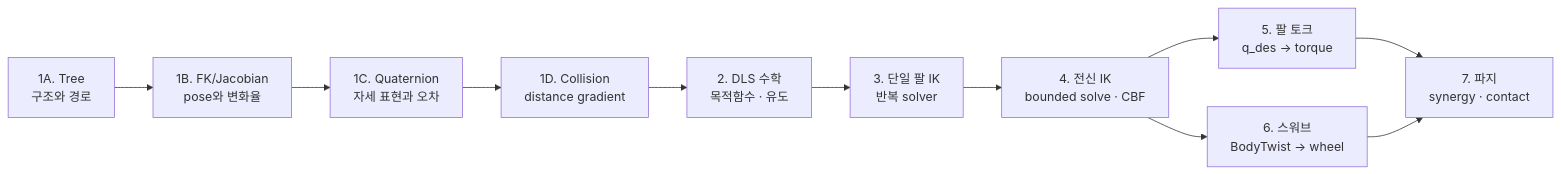
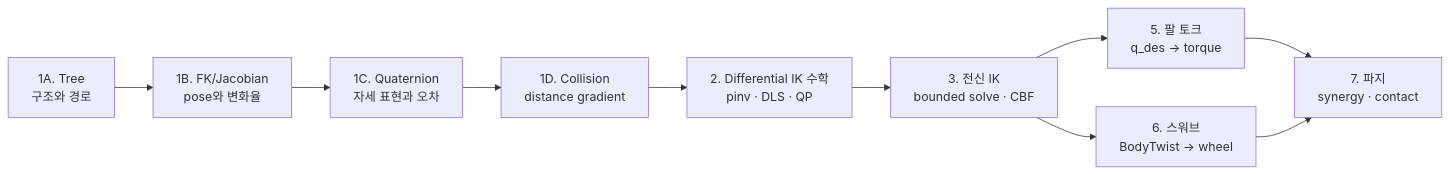
The first of 2 diagrams in docs/guide/index.md (Geonhee-LEE/aiworker-mj-lab), drawn with Mermaid before and after one commit. The commit also changed other lines of this file and 45 other files, not shown here.

````diff
--- a/docs/guide/index.md
+++ b/docs/guide/index.md
@@ -89,13 +89,12 @@
 ```mermaid
 flowchart LR
     T["1A. Tree<br>구조와 경로"] --> F["1B. FK/Jacobian<br>pose와 변화율"]
     F --> Q["1C. Quaternion<br>자세 표현과 오차"]
     Q --> C["1D. Collision<br>distance gradient"]
-    C --> M["2. DLS 수학<br>목적함수 · 유도"]
-    M --> I["3. 단일 팔 IK<br>반복 solver"]
-    I --> W["4. 전신 IK<br>bounded solve · CBF"]
+    C --> M["2. Differential IK 수학<br>pinv · DLS · QP"]
+    M --> W["3. 전신 IK<br>bounded solve · CBF"]
     W --> A["5. 팔 토크<br>q_des → torque"]
     W --> B["6. 스워브<br>BodyTwist → wheel"]
     A --> G["7. 파지<br>synergy · contact"]
     B --> G
 ```
````
